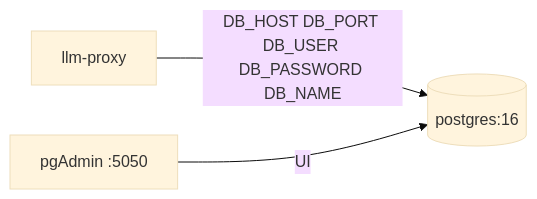
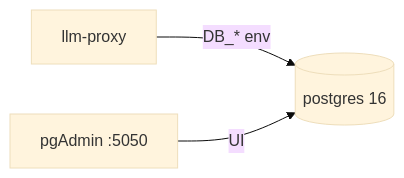
The tenth of 10 diagrams in docs/architecture.md (DaniilPodruchnyMgtuIu6/llm-proxy), drawn with Mermaid (base theme) before and after one commit. The commit also changed other lines of this file and 4 other files, not shown here.

Commit message:
Add Mermaid architecture viewer at /architecture.

````diff
--- a/docs/architecture.md
+++ b/docs/architecture.md
@@ -229,5 +233,5 @@
 ```mermaid
 flowchart LR
-  App[llm-proxy] -->|DB_HOST DB_PORT DB_USER DB_PASSWORD DB_NAME| PG[(postgres:16)]
+  App[llm-proxy] -->|DB_* env| PG[(postgres 16)]
   Admin[pgAdmin :5050] -->|UI| PG
 ```
````
